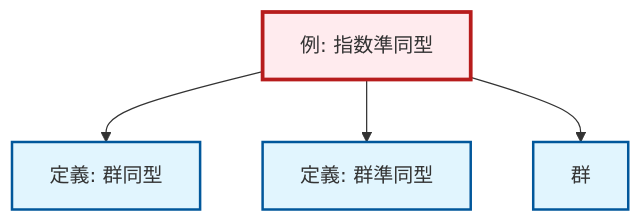
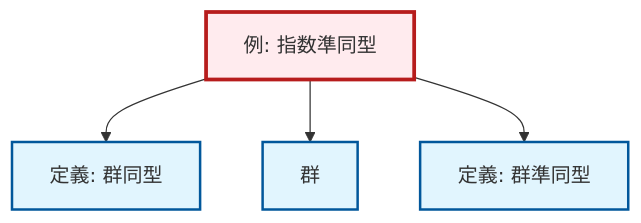
Before and after one commit to RK0429/ModernMath: the diagram in content/ja/algebra/ex-exponential-homomorphism.qmd, drawn with Mermaid. The commit also changed 672 other files, not shown here.

````diff
--- a/content/ja/algebra/ex-exponential-homomorphism.qmd
+++ b/content/ja/algebra/ex-exponential-homomorphism.qmd
@@ -46,20 +46,20 @@
 ```{mermaid}
-%%| fig-cap: "Local dependency graph"
+%%| fig-cap: "ローカル依存関係グラフ"
 graph TD
     classDef definition fill:#e1f5fe,stroke:#01579b,stroke-width:2px
     classDef theorem fill:#f3e5f5,stroke:#4a148c,stroke-width:2px
     classDef axiom fill:#fff3e0,stroke:#e65100,stroke-width:2px
     classDef example fill:#e8f5e9,stroke:#1b5e20,stroke-width:2px
     classDef current fill:#ffebee,stroke:#b71c1c,stroke-width:3px
+    ex-exponential-homomorphism["例: 指数準同型"]:::example
     def-homomorphism["定義: 群準同型"]:::definition
-    ex-exponential-homomorphism["例: 指数準同型"]:::example
     def-group["群"]:::definition
     def-isomorphism["定義: 群同型"]:::definition
     ex-exponential-homomorphism --> def-isomorphism
+    ex-exponential-homomorphism --> def-group
     ex-exponential-homomorphism --> def-homomorphism
-    ex-exponential-homomorphism --> def-group
     class ex-exponential-homomorphism current
     click def-homomorphism "def-homomorphism.html" "群準同型の定義へ"
     click def-group "def-group.html" "群へ"
     click def-isomorphism "def-isomorphism.html" "群同型の定義へ"
 ```
````
